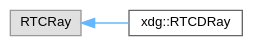
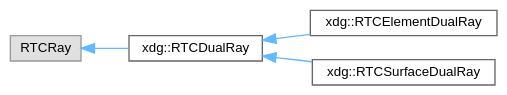
The diagram in inherit_graph_6.dot (xdg-org/xdg), drawn with Graphviz before and after one commit. The commit also changed 76 other files, not shown here.

```diff
--- a/inherit_graph_6.dot
+++ b/inherit_graph_6.dot
@@ -1,11 +1,15 @@
 digraph "Graphical Class Hierarchy"
 {
  // LATEX_PDF_SIZE
   bgcolor="transparent";
   edge [fontname=Helvetica,fontsize=10,labelfontname=Helvetica,labelfontsize=10];
   node [fontname=Helvetica,fontsize=10,shape=box,height=0.2,width=0.4];
   rankdir="LR";
   Node0 [id="Node000000",label="RTCRay",height=0.2,width=0.4,color="grey60", fillcolor="#E0E0E0", style="filled",tooltip=" "];
   Node0 -> Node1 [id="edge4_Node000000_Node000001",dir="back",color="steelblue1",style="solid",tooltip=" "];
-  Node1 [id="Node000001",label="xdg::RTCDRay",height=0.2,width=0.4,color="grey40", fillcolor="white", style="filled",URL="$structxdg_1_1RTCDRay.html",tooltip=" "];
+  Node1 [id="Node000001",label="xdg::RTCDualRay",height=0.2,width=0.4,color="grey40", fillcolor="white", style="filled",URL="$structxdg_1_1RTCDualRay.html",tooltip=" "];
+  Node1 -> Node2 [id="edge5_Node000001_Node000002",dir="back",color="steelblue1",style="solid",tooltip=" "];
+  Node2 [id="Node000002",label="xdg::RTCElementDualRay",height=0.2,width=0.4,color="grey40", fillcolor="white", style="filled",URL="$structxdg_1_1RTCElementDualRay.html",tooltip=" "];
+  Node1 -> Node3 [id="edge6_Node000001_Node000003",dir="back",color="steelblue1",style="solid",tooltip=" "];
+  Node3 [id="Node000003",label="xdg::RTCSurfaceDualRay",height=0.2,width=0.4,color="grey40", fillcolor="white", style="filled",URL="$structxdg_1_1RTCSurfaceDualRay.html",tooltip=" "];
 }
```
